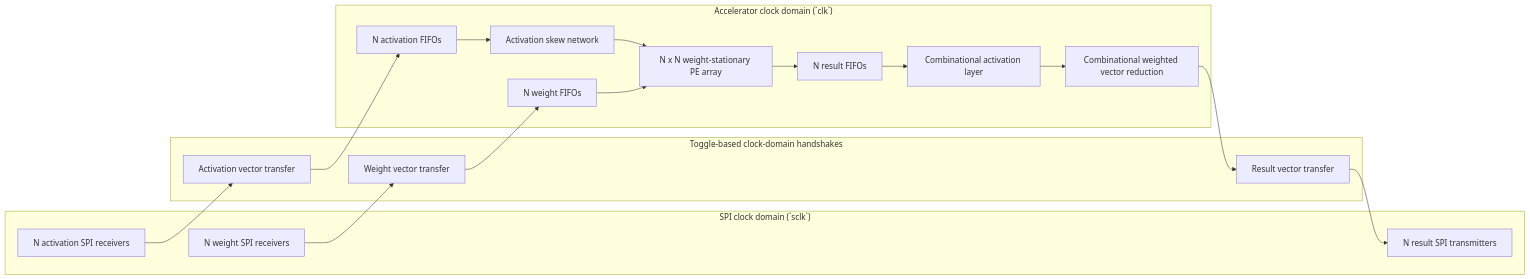
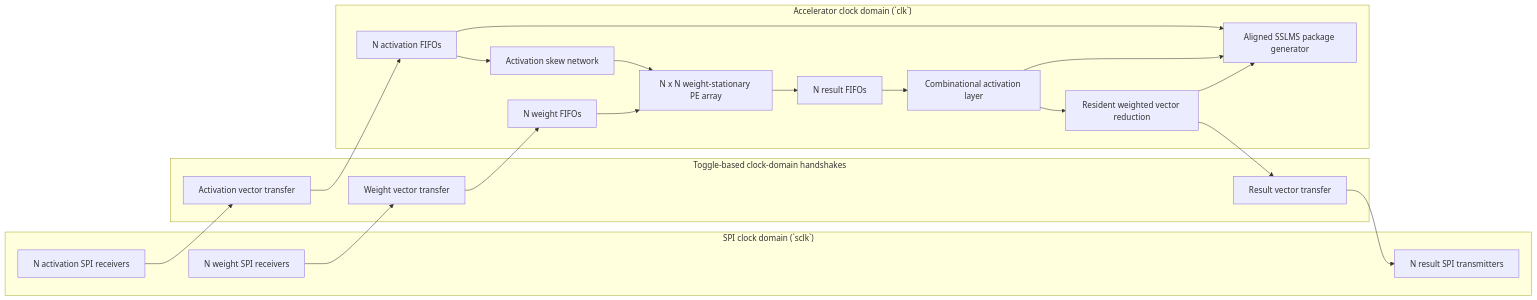
The first of 3 diagrams in README.md (aHighHooman/NN-Acceleration), drawn with Mermaid before and after one commit. The commit also changed other lines of this file and 4 other files, not shown here.

Commit message:
Phase 5B: add resident reduction weights and SSLMS update packages

````diff
--- a/README.md
+++ b/README.md
@@ -7,28 +7,32 @@
 ```mermaid
 flowchart LR
     subgraph SPI["SPI clock domain (`sclk`)"]
         W_RX["N weight SPI receivers"]
         A_RX["N activation SPI receivers"]
         R_TX["N result SPI transmitters"]
     end
 
     subgraph CDC["Toggle-based clock-domain handshakes"]
         W_CDC["Weight vector transfer"]
         A_CDC["Activation vector transfer"]
         R_CDC["Result vector transfer"]
     end
 
     subgraph CORE["Accelerator clock domain (`clk`)"]
         W_FIFO["N weight FIFOs"]
         A_FIFO["N activation FIFOs"]
         SKEW["Activation skew network"]
         ARRAY["N x N weight-stationary PE array"]
         R_FIFO["N result FIFOs"]
         ACT["Combinational activation layer"]
-        REDUCE["Combinational weighted vector reduction"]
+        REDUCE["Resident weighted vector reduction"]
+        TRAIN["Aligned SSLMS package generator"]
     end
 
     W_RX --> W_CDC --> W_FIFO --> ARRAY
     A_RX --> A_CDC --> A_FIFO --> SKEW --> ARRAY
     ARRAY --> R_FIFO --> ACT --> REDUCE --> R_CDC --> R_TX
+    A_FIFO --> TRAIN
+    ACT --> TRAIN
+    REDUCE --> TRAIN
 ```
````
